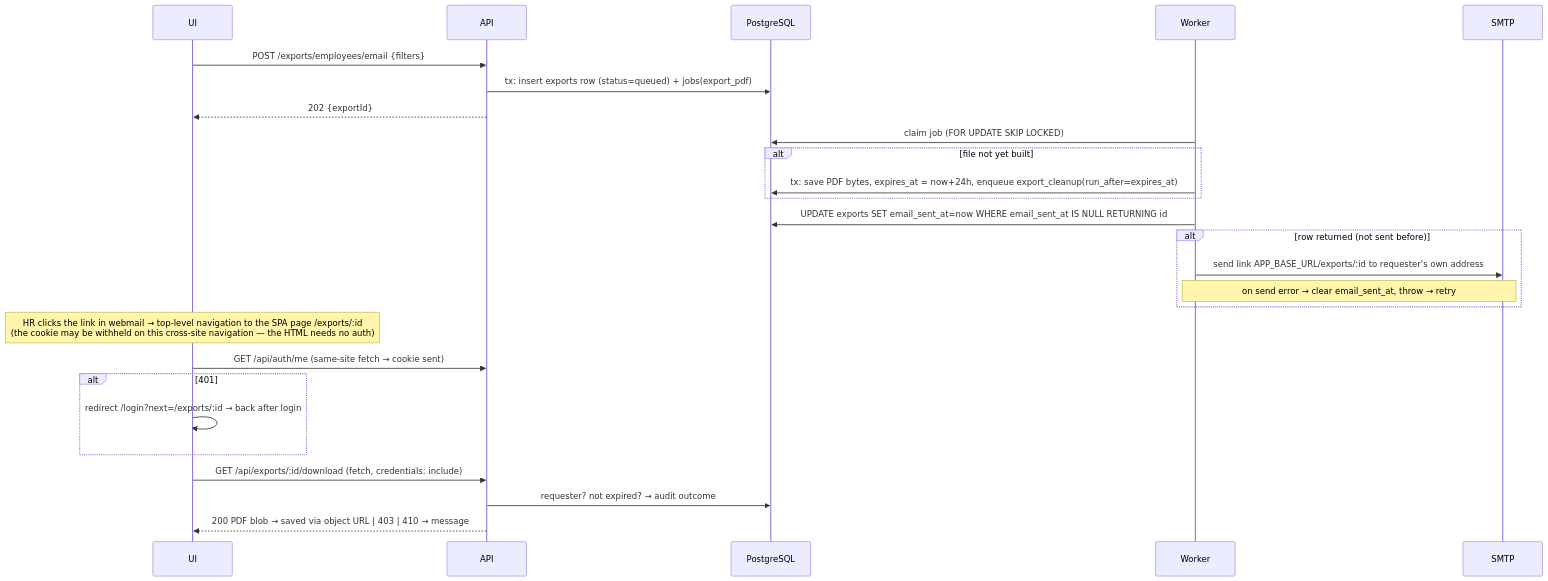
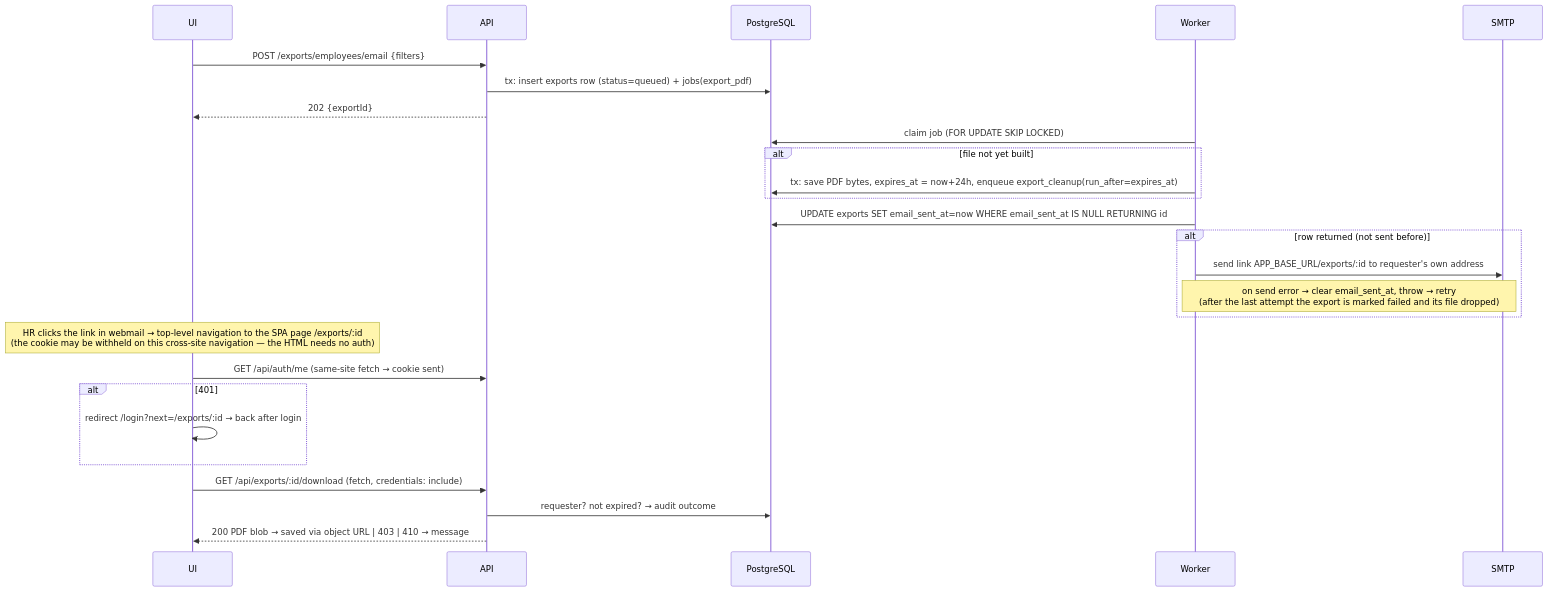
One commit to Shailesh-Kala/salary-management changed the third of 4 diagrams in docs/ARCHITECTURE.md. Above: the diagram before and after it, drawn with Mermaid. The commit also changed other lines of this file and 3 other files, not shown here.

````diff
--- a/docs/ARCHITECTURE.md
+++ b/docs/ARCHITECTURE.md
@@ -100,28 +100,28 @@
 ```mermaid
 sequenceDiagram
   participant UI
   participant API
   participant DB as PostgreSQL
   participant W as Worker
   participant M as SMTP
   UI->>API: POST /exports/employees/email {filters}
   API->>DB: tx: insert exports row (status=queued) + jobs(export_pdf)
   API-->>UI: 202 {exportId}
   W->>DB: claim job (FOR UPDATE SKIP LOCKED)
   alt file not yet built
     W->>DB: tx: save PDF bytes, expires_at = now+24h, enqueue export_cleanup(run_after=expires_at)
   end
   W->>DB: UPDATE exports SET email_sent_at=now WHERE email_sent_at IS NULL RETURNING id
   alt row returned (not sent before)
     W->>M: send link APP_BASE_URL/exports/:id to requester's own address
-    Note over W,M: on send error → clear email_sent_at, throw → retry
+    Note over W,M: on send error → clear email_sent_at, throw → retry<br/>(after the last attempt the export is marked failed and its file dropped)
   end
   Note over UI: HR clicks the link in webmail → top-level navigation to the SPA page /exports/:id<br/>(the cookie may be withheld on this cross-site navigation — the HTML needs no auth)
   UI->>API: GET /api/auth/me (same-site fetch → cookie sent)
   alt 401
     UI->>UI: redirect /login?next=/exports/:id → back after login
   end
   UI->>API: GET /api/exports/:id/download (fetch, credentials: include)
   API->>DB: requester? not expired? → audit outcome
   API-->>UI: 200 PDF blob → saved via object URL | 403 | 410 → message
 ```
````
